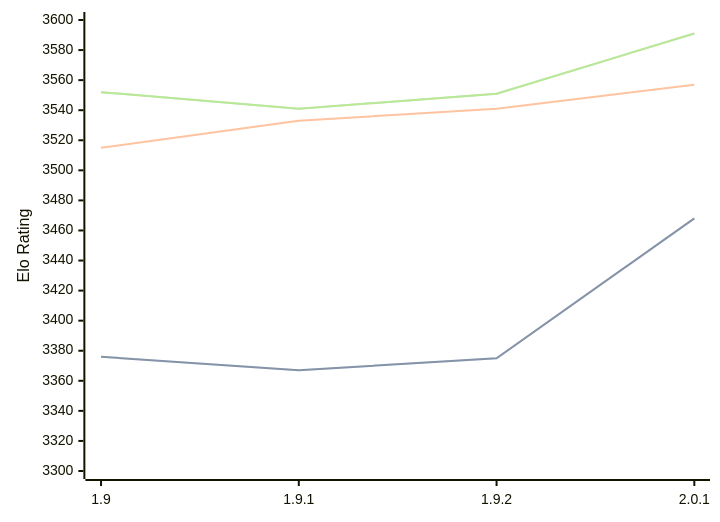
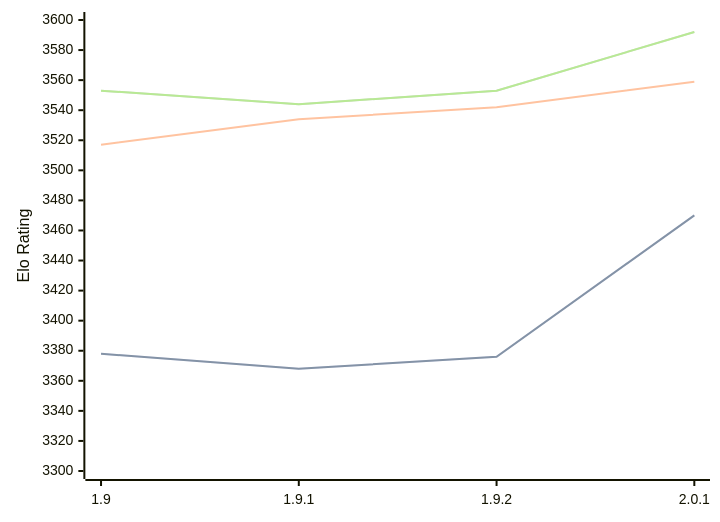
The diagram in engines/Pawnocchio.md (computer-chess-index/cci), drawn with Mermaid before and after one commit. The commit also changed other lines of this file, not shown here.

Commit message:
Update CCI Ratings (ELO VLTC) - 2026-09-01

````diff
--- a/engines/Pawnocchio.md
+++ b/engines/Pawnocchio.md
@@ -36,11 +36,11 @@
 ```mermaid
 %%{init: {"theme":"base","themeVariables":{"seriesColors:['#a3a3a3','#222221','#faa371']}}}%%
 xychart-beta
   x-axis ["1.9", "1.9.1", "1.9.2", "2.0.1"]
   y-axis "Elo Rating" 3300 --> 3600
-  line "" [3376, 3367, 3375, 3468]
-  line "STC (8.0+0.08s)" [3376, 3367, 3375, 3468]
-  line "LTC (60.0+0.60s)" [3515, 3533, 3541, 3557]
-  line "" [3552, 3541, 3551, 3591]
-  line "VLTC (2m24s+1.12s)" [3552, 3541, 3551, 3591]
+  line "" [3378, 3368, 3376, 3470]
+  line "STC (8.0+0.08s)" [3378, 3368, 3376, 3470]
+  line "LTC (60.0+0.60s)" [3517, 3534, 3542, 3559]
+  line "" [3553, 3544, 3553, 3592]
+  line "VLTC (2m24s+1.12s)" [3553, 3544, 3553, 3592]
 ```
````
